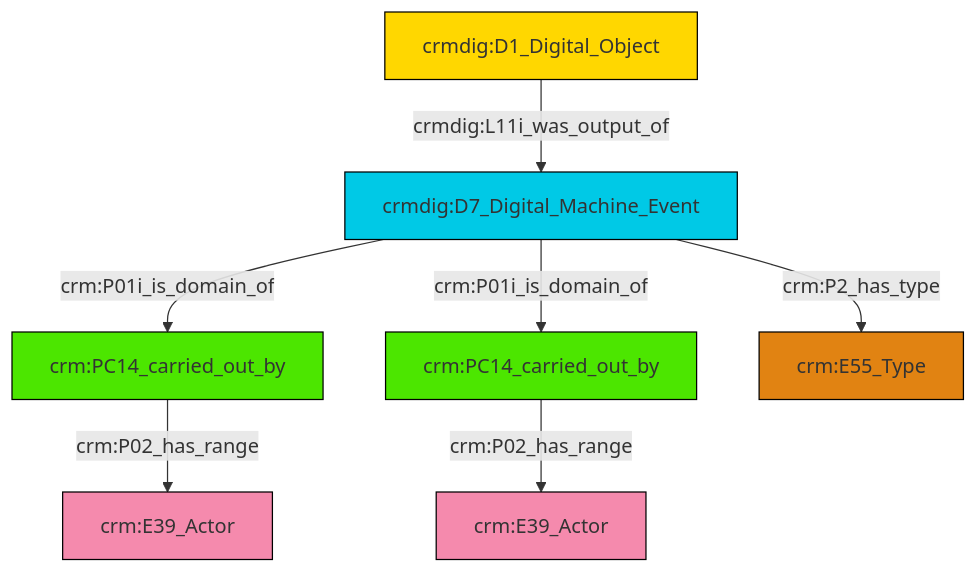
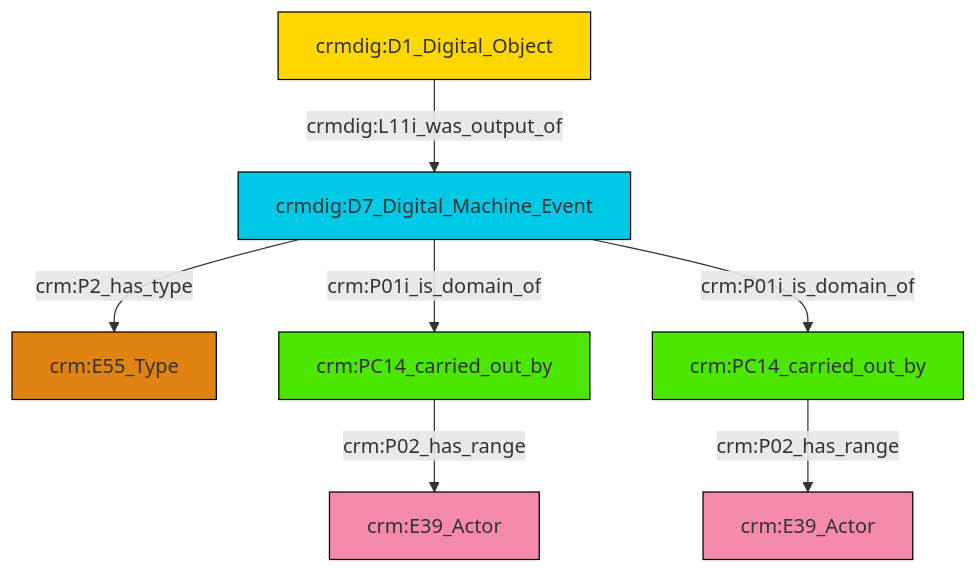
Before and after one commit to swiss-art-research-net/reference-data-models: the diagram in et/doCSV/ttl/mmd/do_actor_relations.ttl.mmd, drawn with Mermaid. The commit also changed 125 other files, not shown here.

```diff
--- a/et/doCSV/ttl/mmd/do_actor_relations.ttl.mmd
+++ b/et/doCSV/ttl/mmd/do_actor_relations.ttl.mmd
@@ -1,21 +1,21 @@
 graph TD
 classDef Literal fill:#f2f2f2,stroke:#000000;
 classDef CRM_Entity fill:#FFFFFF,stroke:#000000;
 classDef Temporal_Entity fill:#00C9E6, stroke:#000000;
 classDef Type fill:#E18312, stroke:#000000;
 classDef Time-Span fill:#2C9C91, stroke:#000000;
 classDef Appellation fill:#FFEB7F, stroke:#000000;
 classDef Place fill:#008836, stroke:#000000;
 classDef Persistent_Item fill:#B266B2, stroke:#000000;
 classDef Conceptual_Object fill:#FFD700, stroke:#000000;
 classDef Physical_Thing fill:#D2B48C, stroke:#000000;
 classDef Actor fill:#f58aad, stroke:#000000;
 classDef PC_Classes fill:#4ce600, stroke:#000000;
 classDef Multi fill:#cccccc,stroke:#000000;
 
-6["crmdig:D1_Digital_Object"]:::Conceptual_Object -->|crmdig:L11i_was_output_of| 7["crmdig:D7_Digital_Machine_Event"]:::Temporal_Entity
-7["crmdig:D7_Digital_Machine_Event"]:::Temporal_Entity -->|crm:P01i_is_domain_of| 0["crm:PC14_carried_out_by"]:::PC_Classes
-7["crmdig:D7_Digital_Machine_Event"]:::Temporal_Entity -->|crm:P01i_is_domain_of| 4["crm:PC14_carried_out_by"]:::PC_Classes
-0["crm:PC14_carried_out_by"]:::PC_Classes -->|crm:P02_has_range| 2["crm:E39_Actor"]:::Actor
-4["crm:PC14_carried_out_by"]:::PC_Classes -->|crm:P02_has_range| 11["crm:E39_Actor"]:::Actor
-7["crmdig:D7_Digital_Machine_Event"]:::Temporal_Entity -->|crm:P2_has_type| 9["crm:E55_Type"]:::Type
+4["crmdig:D7_Digital_Machine_Event"]:::Temporal_Entity -->|crm:P01i_is_domain_of| 5["crm:PC14_carried_out_by"]:::PC_Classes
+8["crm:PC14_carried_out_by"]:::PC_Classes -->|crm:P02_has_range| 6["crm:E39_Actor"]:::Actor
+5["crm:PC14_carried_out_by"]:::PC_Classes -->|crm:P02_has_range| 12["crm:E39_Actor"]:::Actor
+4["crmdig:D7_Digital_Machine_Event"]:::Temporal_Entity -->|crm:P2_has_type| 0["crm:E55_Type"]:::Type
+4["crmdig:D7_Digital_Machine_Event"]:::Temporal_Entity -->|crm:P01i_is_domain_of| 8["crm:PC14_carried_out_by"]:::PC_Classes
+2["crmdig:D1_Digital_Object"]:::Conceptual_Object -->|crmdig:L11i_was_output_of| 4["crmdig:D7_Digital_Machine_Event"]:::Temporal_Entity
```
